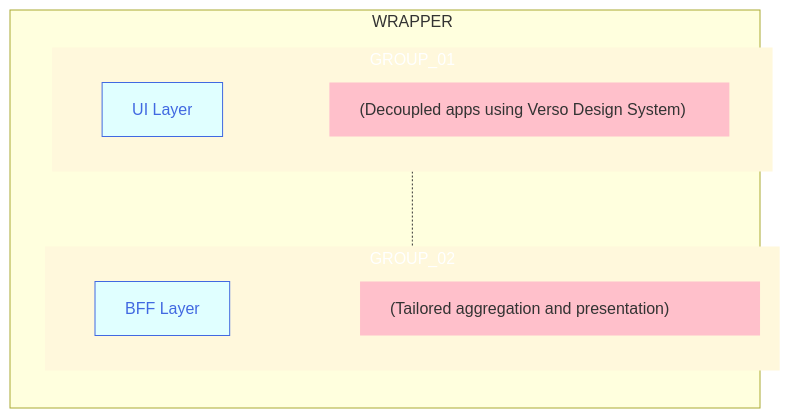
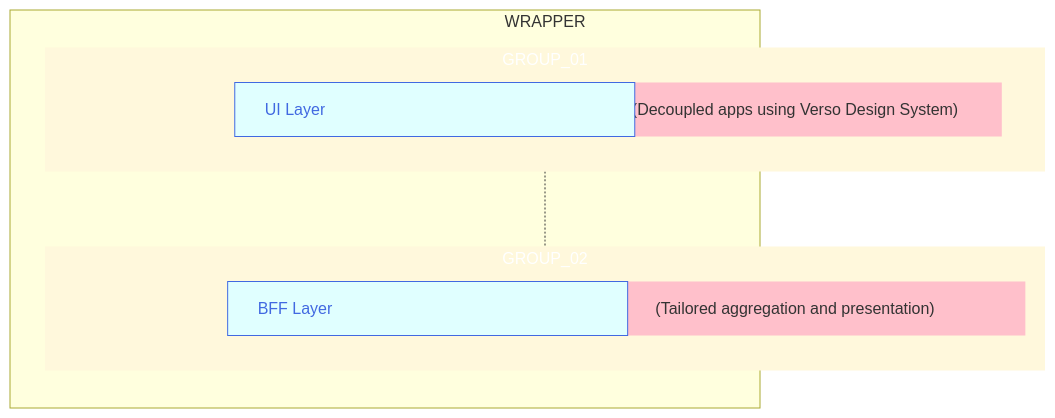
One commit to joe-dorward/samples changed the diagram in buttons_mermaid_v5.md. Above: the diagram before and after it, drawn with Mermaid.

````diff
--- a/buttons_mermaid_v5.md
+++ b/buttons_mermaid_v5.md
@@ -3,47 +3,47 @@
 ```mermaid
   %%{
     init: {
       "flowchart": { "markdownAutoWrap":"false", "textWrap":"false", "textAlign":"left", "wrappingWidth": "100%" }
     }
   }%%
   flowchart TD
 
-  classDef Button fill:lightcyan, stroke:royalblue, color:royalblue;
+  classDef Button fill:lightcyan, stroke:royalblue, color:royalblue, width:400px
   classDef Note fill:pink, stroke-width:0px, width:400px
   %% ---------- ---------- ---------- ---------- ---------- ---------- ---------- ---------- ---------- ----------
 subgraph WRAPPER
   direction TD
 
   subgraph GROUP_01
     %%direction LR
 
     BUTTON_01_NOTE["(Decoupled apps using Verso Design System)"]:::Note
     BUTTON_01["UI Layer"]:::Button
     click BUTTON_01 "https://en.wikipedia.org/wiki/Main_Page" _blank
 
     BUTTON_01~~~
     BUTTON_01_NOTE
   end
   %% ---------- ---------- ---------- ---------- ---------- ---------- ---------- ---------- ---------- ----------
   subgraph GROUP_02
     %%direction LR
 
     BUTTON_02_NOTE["(Tailored aggregation and presentation)"]:::Note
     BUTTON_02["BFF Layer"]:::Button
     click BUTTON_02 "https://en.wikipedia.org/wiki/Main_Page" _blank
 
     BUTTON_02~~~
     BUTTON_02_NOTE
   end
 end
   %% ---------- ---------- ---------- ---------- ---------- ---------- ---------- ---------- ---------- ----------
 
 GROUP_01-.-GROUP_02
 
 %%BUTTON_01-->BUTTON_02
 
   style GROUP_01 fill:cornsilk, color:white, stroke-width:0px
   style GROUP_02 fill:cornsilk, color:white, stroke-width:0px
 
   style WRAPPER width:750px
 ```
````
